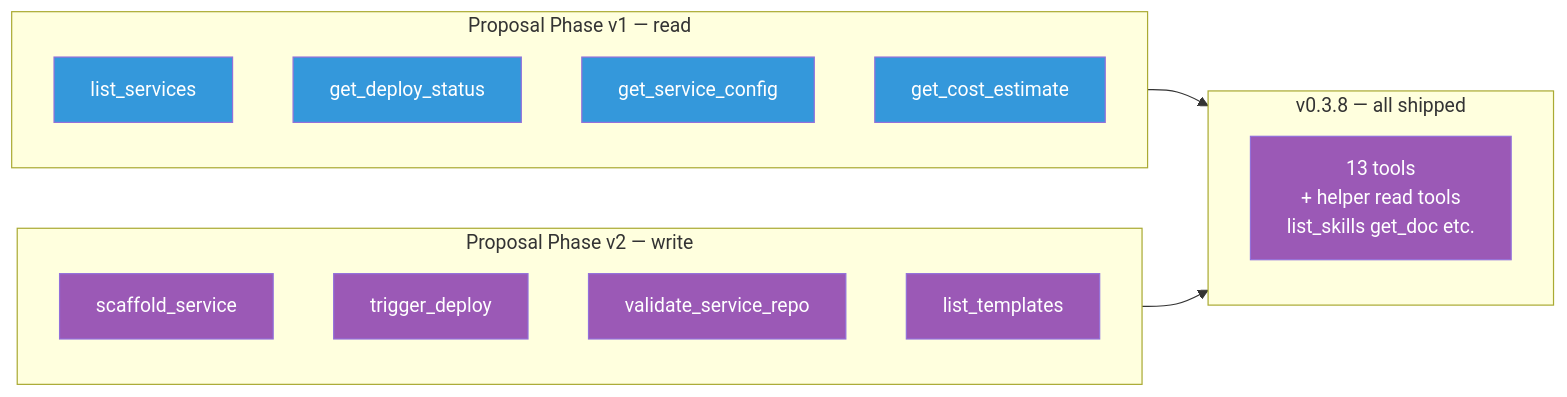
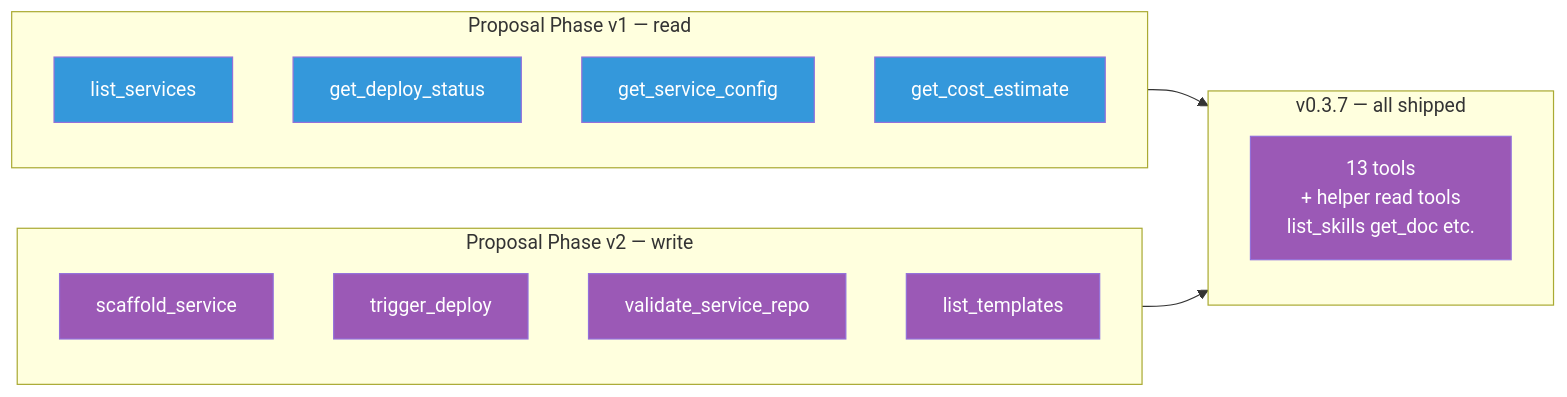
Before and after one commit to jonathannevarez-sc/goldenpath: the fourth of 8 diagrams in docs/design/golden-path-mcp-evolution-architecture.md, drawn with Mermaid. The commit also changed other lines of this file and 44 other files, not shown here.

````diff
--- a/docs/design/golden-path-mcp-evolution-architecture.md
+++ b/docs/design/golden-path-mcp-evolution-architecture.md
@@ -193,26 +193,26 @@
 ```mermaid
 flowchart LR
     classDef v1 fill:#3498DB,color:#fff
     classDef v2 fill:#9B59B6,color:#fff
 
     subgraph proposed_v1 ["Proposal Phase v1 — read"]
         T1["list_services"]:::v1
         T2["get_deploy_status"]:::v1
         T3["get_service_config"]:::v1
         T4["get_cost_estimate"]:::v1
     end
 
     subgraph proposed_v2 ["Proposal Phase v2 — write"]
         W1["scaffold_service"]:::v2
         W2["trigger_deploy"]:::v2
         W3["validate_service_repo"]:::v2
         W4["list_templates"]:::v2
     end
 
-    subgraph shipped ["v0.3.8 — all shipped"]
+    subgraph shipped ["v0.3.7 — all shipped"]
         ALL["13 tools\n+ helper read tools\nlist_skills get_doc etc."]:::v2
     end
 
     proposed_v1 --> shipped
     proposed_v2 --> shipped
 ```
````
